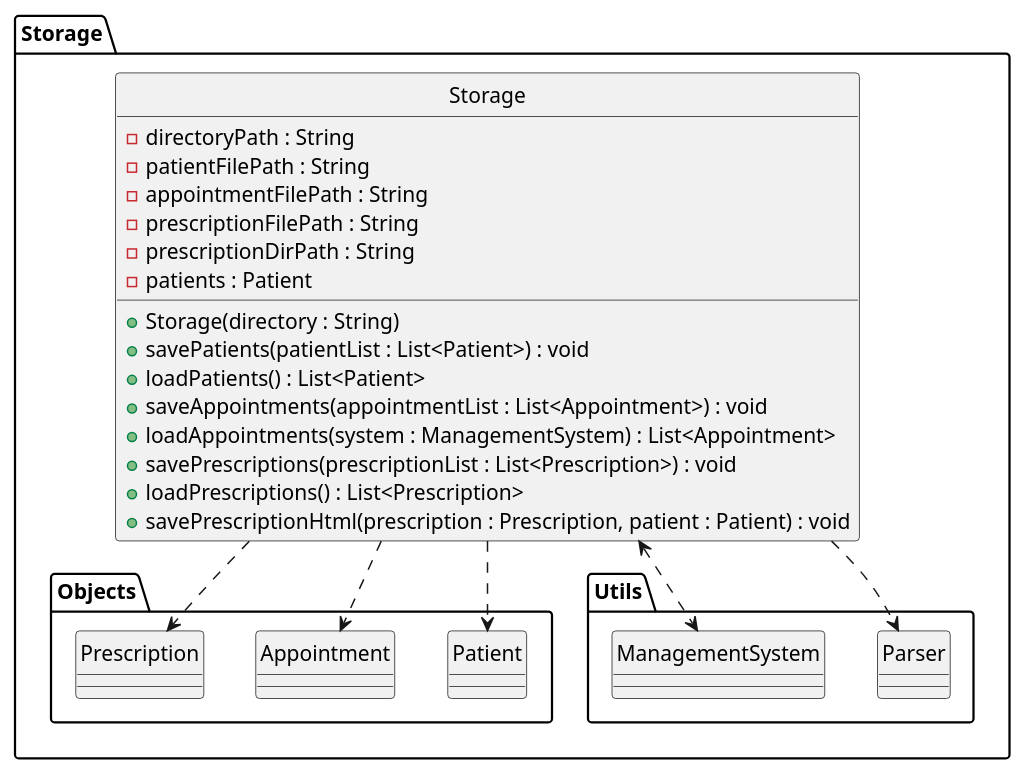
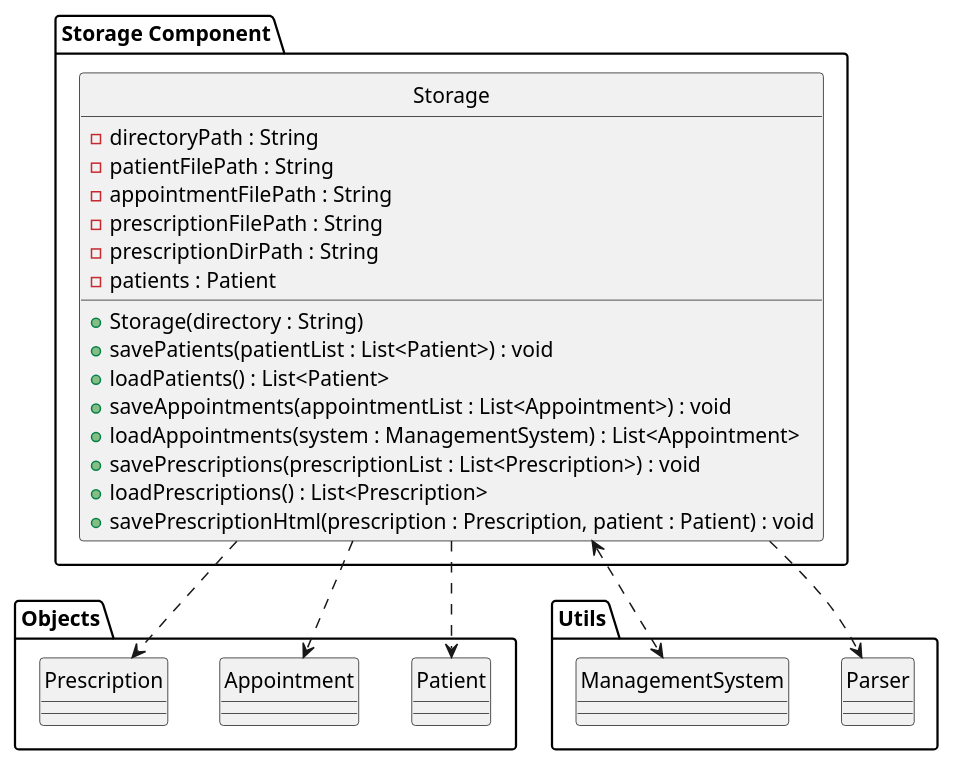
One commit to chwenyee/tp changed the diagram in docs/diagrams/storageComponent.puml. Above: the diagram before and after it, drawn with PlantUML. The commit also changed 6 other files, not shown here.

Commit message:
Updated some component of design architecture

```diff
--- a/docs/diagrams/storageComponent.puml
+++ b/docs/diagrams/storageComponent.puml
@@ -1,43 +1,44 @@
 @startuml
 skinparam componentStyle rectangle
 hide circle
 
-package "Storage" {
+package "Storage Component" {
 
   class Storage {
     - directoryPath : String
     - patientFilePath : String
     - appointmentFilePath : String
     - prescriptionFilePath : String
     - prescriptionDirPath : String
     - patients : Patient
 
     + Storage(directory : String)
     + savePatients(patientList : List<Patient>) : void
     + loadPatients() : List<Patient>
     + saveAppointments(appointmentList : List<Appointment>) : void
     + loadAppointments(system : ManagementSystem) : List<Appointment>
     + savePrescriptions(prescriptionList : List<Prescription>) : void
     + loadPrescriptions() : List<Prescription>
     + savePrescriptionHtml(prescription : Prescription, patient : Patient) : void
   }
 
+  }
+
   package "Objects" {
     class Patient
     class Appointment
     class Prescription
   }
 
   package "Utils" {
     class Parser
     class ManagementSystem
   }
 
   Storage ..> Patient
   Storage ..> Appointment
   Storage ..> Prescription
   Storage ..> Parser
   Storage <..> ManagementSystem
-}
 
 @enduml
```
